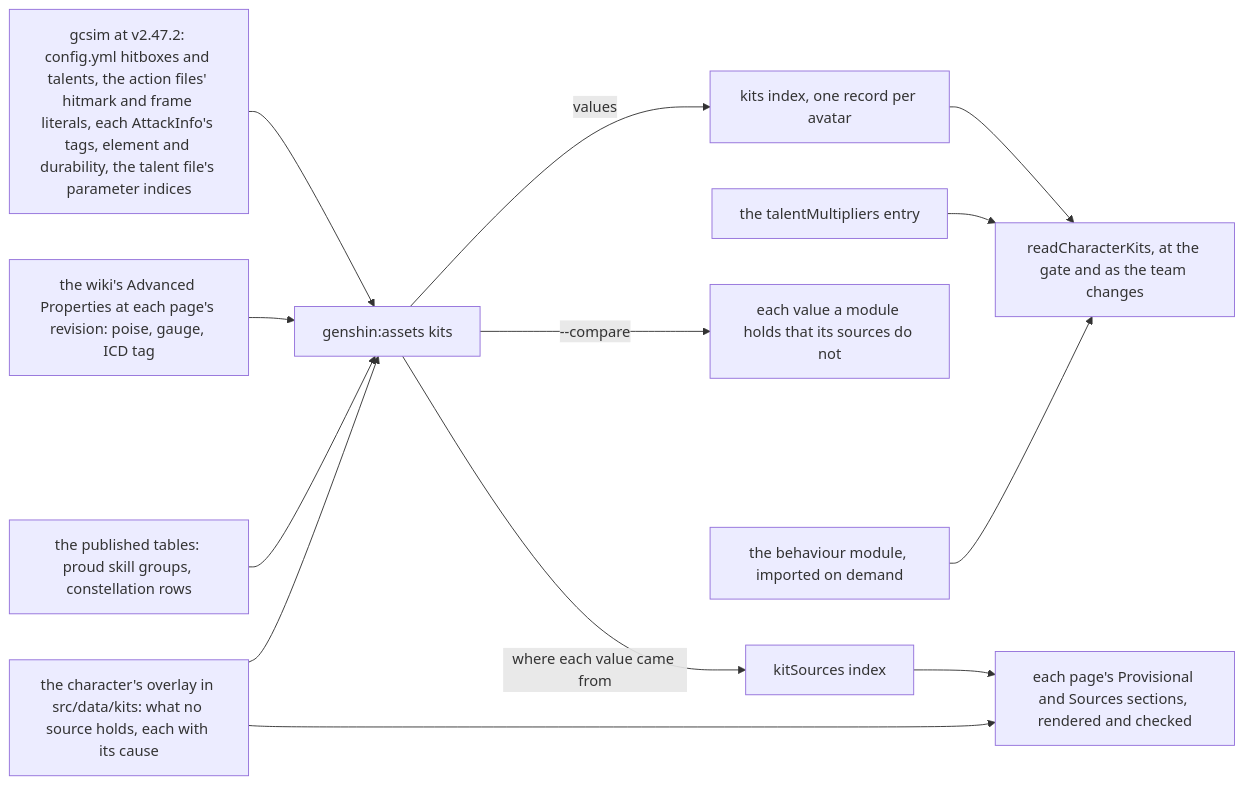
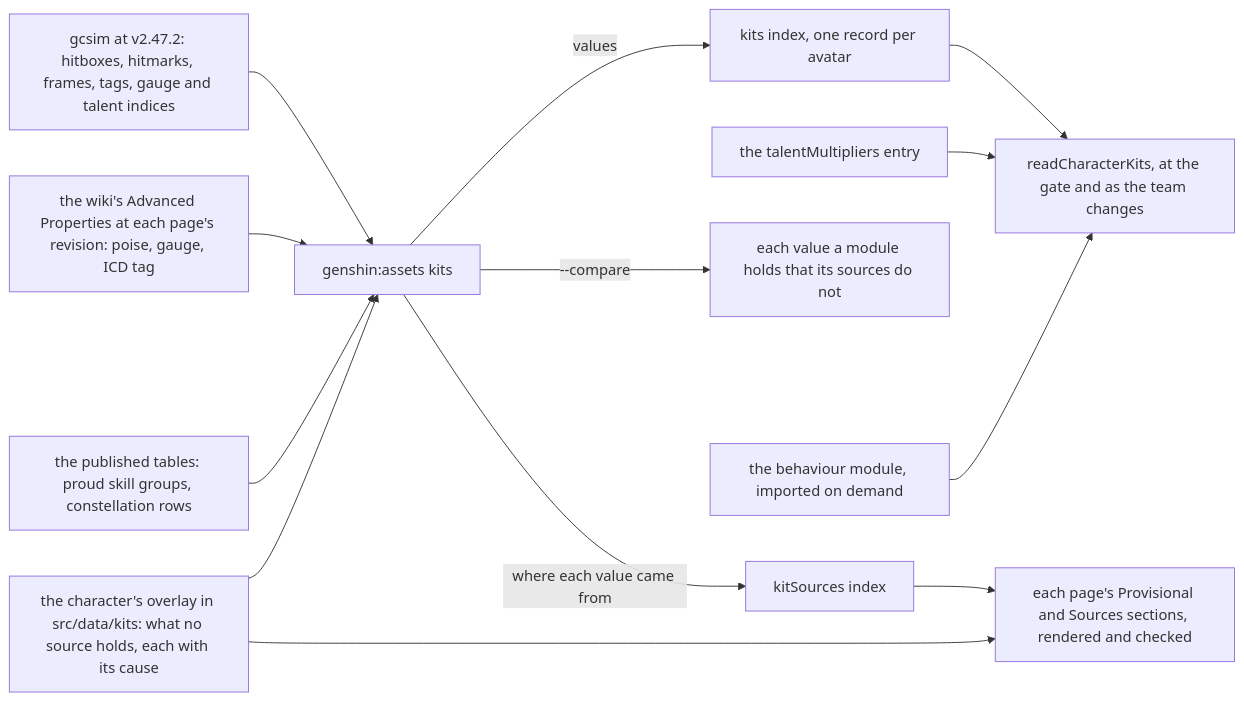
The first of 2 diagrams in apps/web/content/docs/proposals/genshin/kit-framework.md (Esposter/Esposter), drawn with Mermaid before and after one commit. The commit also changed other lines of this file and 1 other file, not shown here.

First line of the commit message:
docs(genshin): the kit framework's and the quests' diagram labels held to a name and one qualifier, their detail left to the prose

````diff
--- a/apps/web/content/docs/proposals/genshin/kit-framework.md
+++ b/apps/web/content/docs/proposals/genshin/kit-framework.md
@@ -283,15 +283,15 @@
 ```mermaid
 flowchart LR
-  GC["gcsim at v2.47.2: config.yml hitboxes and talents, the action files' hitmark and frame literals, each AttackInfo's tags, element and durability, the talent file's parameter indices"] --> B["genshin:assets kits"]
+  GC["gcsim at v2.47.2: hitboxes, hitmarks, frames, tags, gauge and talent indices"] --> B["genshin:assets kits"]
   WK["the wiki's Advanced Properties at each page's revision: poise, gauge, ICD tag"] --> B
   TB["the published tables: proud skill groups, constellation rows"] --> B
   OV["the character's overlay in src/data/kits: what no source holds, each with its cause"] --> B
   B -->|"values"| K["kits index, one record per avatar"]
   B -->|"where each value came from"| S["kitSources index"]
   B -->|"--compare"| R["each value a module holds that its sources do not"]
   K --> READ["readCharacterKits, at the gate and as the team changes"]
   M["the talentMultipliers entry"] --> READ
   L["the behaviour module, imported on demand"] --> READ
   S --> DOCS["each page's Provisional and Sources sections, rendered and checked"]
   OV --> DOCS
 ```
````
